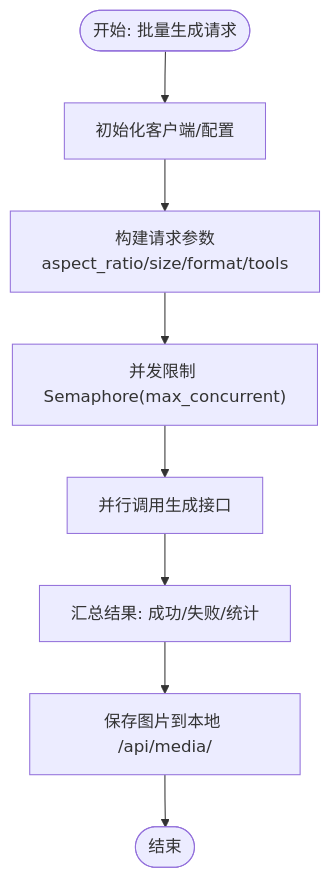
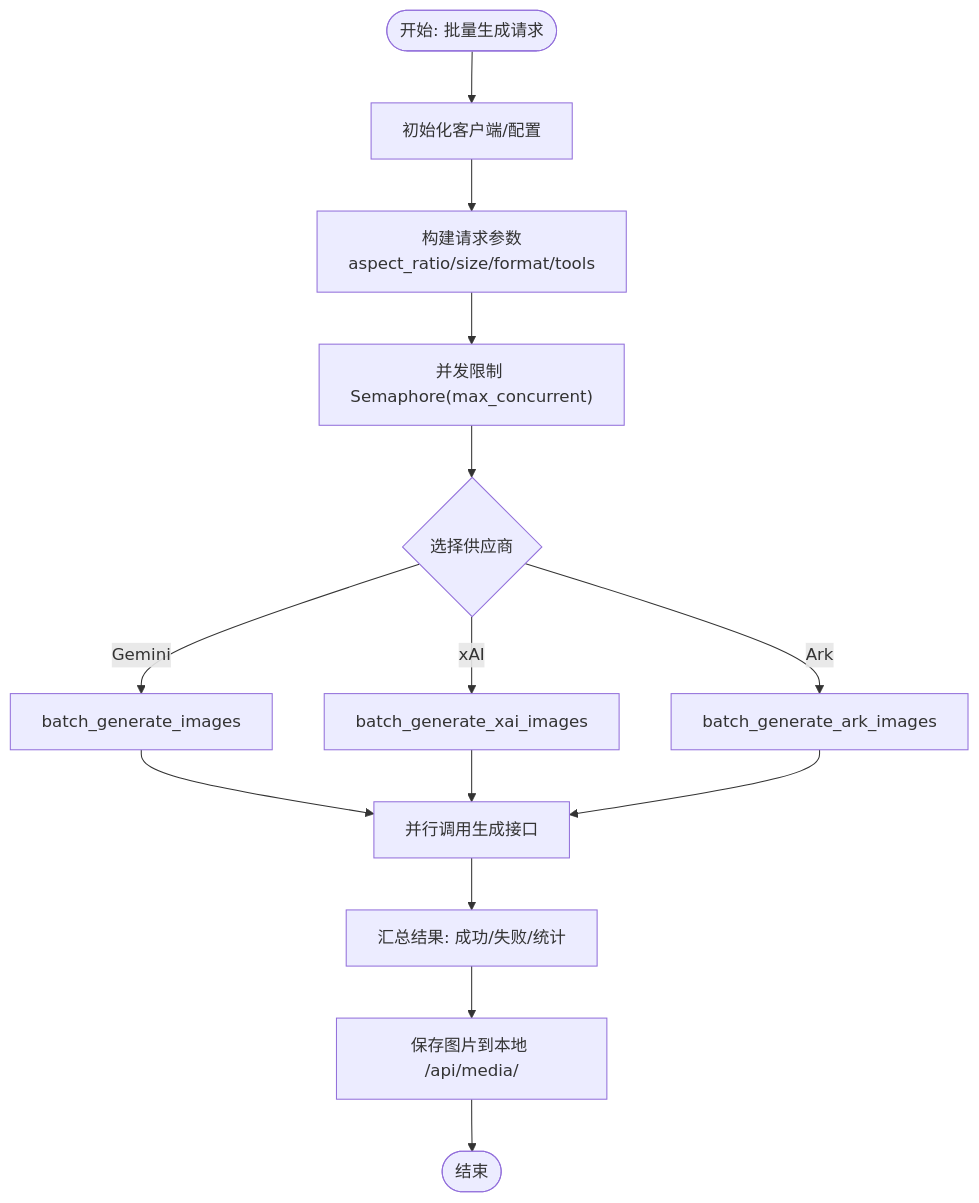
The fourth of 7 diagrams in .qoder/repowiki/zh/content/后端服务架构/业务服务层/媒体生成服务/媒体生成服务.md (KunLabAI/KunFlix), drawn with Mermaid before and after one commit. The commit also changed other lines of this file and 10 other files, not shown here.

````diff
--- a/.qoder/repowiki/zh/content/后端服务架构/业务服务层/媒体生成服务/媒体生成服务.md
+++ b/.qoder/repowiki/zh/content/后端服务架构/业务服务层/媒体生成服务/媒体生成服务.md
@@ -260,10 +296,16 @@
 ```mermaid
 flowchart TD
 Start(["开始: 批量生成请求"]) --> Init["初始化客户端/配置"]
 Init --> BuildParams["构建请求参数<br/>aspect_ratio/size/format/tools"]
 BuildParams --> Concurrency["并发限制 Semaphore(max_concurrent)"]
-Concurrency --> Parallel["并行调用生成接口"]
+Concurrency --> Provider{"选择供应商"}
+Provider --> |"Gemini"| Gemini["batch_generate_images"]
+Provider --> |"xAI"| XAI["batch_generate_xai_images"]
+Provider --> |"Ark"| Ark["batch_generate_ark_images"]
+Gemini --> Parallel["并行调用生成接口"]
+XAI --> Parallel
+Ark --> Parallel
 Parallel --> Aggregate["汇总结果: 成功/失败/统计"]
 Aggregate --> Save["保存图片到本地 /api/media/"]
 Save --> End(["结束"])
 ```
````
